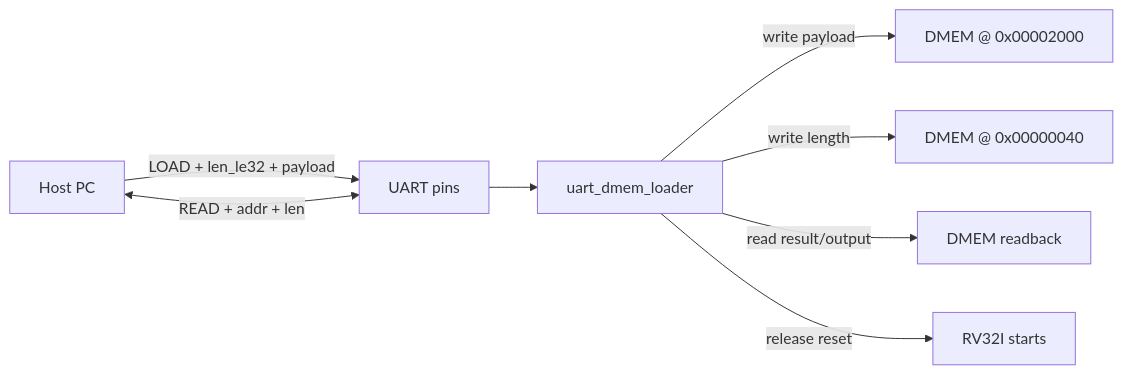
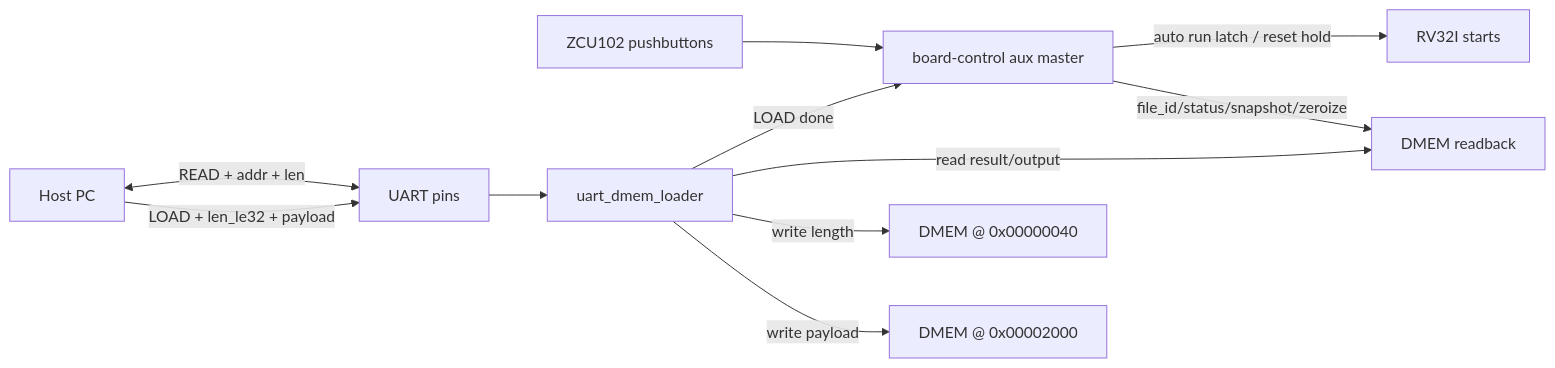
One commit to ngoquocan139/AES_huffman_all6 changed the second of 2 diagrams in docs/soc_usage_and_fpga_guide.md. Above: the diagram before and after it, drawn with Mermaid. The commit also changed other lines of this file and 27 other files, not shown here.

````diff
--- a/docs/soc_usage_and_fpga_guide.md
+++ b/docs/soc_usage_and_fpga_guide.md
@@ -488,10 +504,13 @@
 ```mermaid
 flowchart LR
   PC["Host PC"] -->|"LOAD + len_le32 + payload"| UART["UART pins"]
   PC <-->|"READ + addr + len"| UART
+  BTN["ZCU102 pushbuttons"] --> CTRL["board-control aux master"]
   UART --> LDR["uart_dmem_loader"]
   LDR -->|"write payload"| SRC["DMEM @ 0x00002000"]
   LDR -->|"write length"| LEN["DMEM @ 0x00000040"]
   LDR -->|"read result/output"| DMEM["DMEM readback"]
-  LDR -->|"release reset"| CPU["RV32I starts"]
+  CTRL -->|"file_id/status/snapshot/zeroize"| DMEM
+  LDR -->|"LOAD done"| CTRL["board-control aux master"]
+  CTRL -->|"auto run latch / reset hold"| CPU["RV32I starts"]
 ```
````
